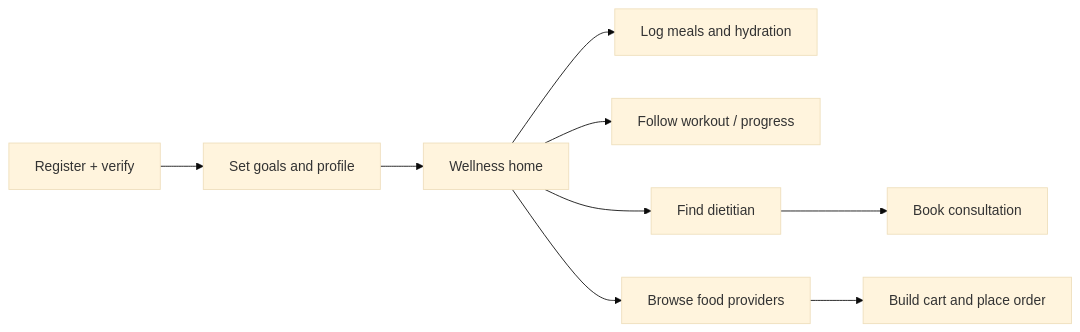
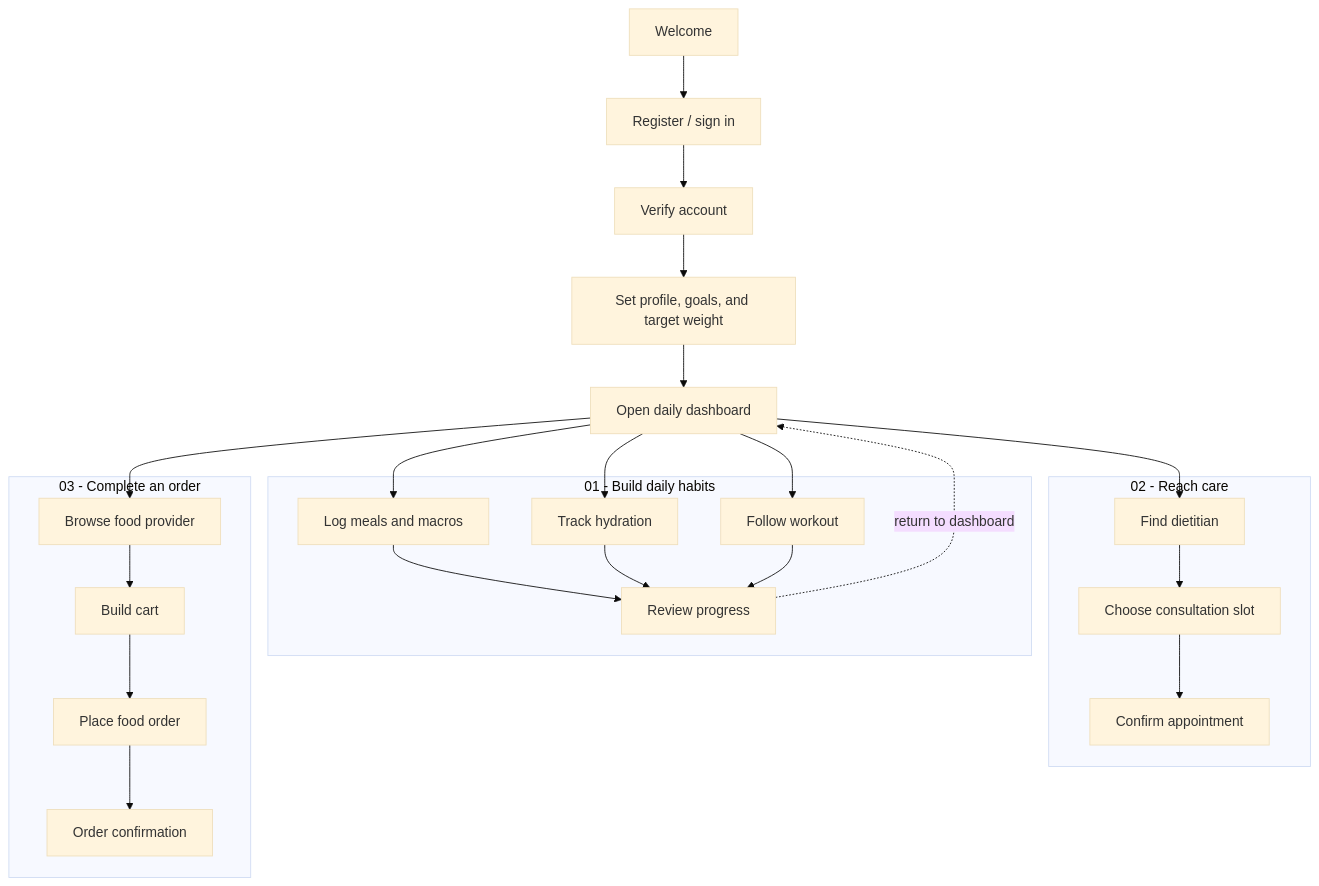
The diagram in README.md (kajolmehra/wellnest), drawn with Mermaid (base theme) before and after one commit. The commit also changed other lines of this file and 1 other file, not shown here.

````diff
--- a/README.md
+++ b/README.md
@@ -39,11 +41,34 @@
 ```mermaid
-flowchart LR
-    NewUser[Register + verify] --> Profile[Set goals and profile]
-    Profile --> Home[Wellness home]
-    Home --> Diary[Log meals and hydration]
-    Home --> Workout[Follow workout / progress]
-    Home --> Consult[Find dietitian]
-    Consult --> Appointment[Book consultation]
-    Home --> Food[Browse food providers]
-    Food --> Cart[Build cart and place order]
+flowchart TB
+    Welcome[Welcome] --> Auth[Register / sign in]
+    Auth --> Verify[Verify account]
+    Verify --> Profile[Set profile, goals, and target weight]
+    Profile --> Dashboard[Open daily dashboard]
+
+    subgraph HABITS[01 - Build daily habits]
+        Meals[Log meals and macros]
+        Water[Track hydration]
+        Workout[Follow workout]
+        Meals --> Progress[Review progress]
+        Water --> Progress
+        Workout --> Progress
+    end
+
+    subgraph CARE[02 - Reach care]
+        Search[Find dietitian] --> Slot[Choose consultation slot]
+        Slot --> Appointment[Confirm appointment]
+    end
+
+    subgraph ORDER[03 - Complete an order]
+        Provider[Browse food provider] --> Cart[Build cart]
+        Cart --> Order[Place food order]
+        Order --> Receipt[Order confirmation]
+    end
+
+    Dashboard --> Meals
+    Dashboard --> Water
+    Dashboard --> Workout
+    Dashboard --> Search
+    Dashboard --> Provider
+    Progress -. return to dashboard .-> Dashboard
 ```
````
